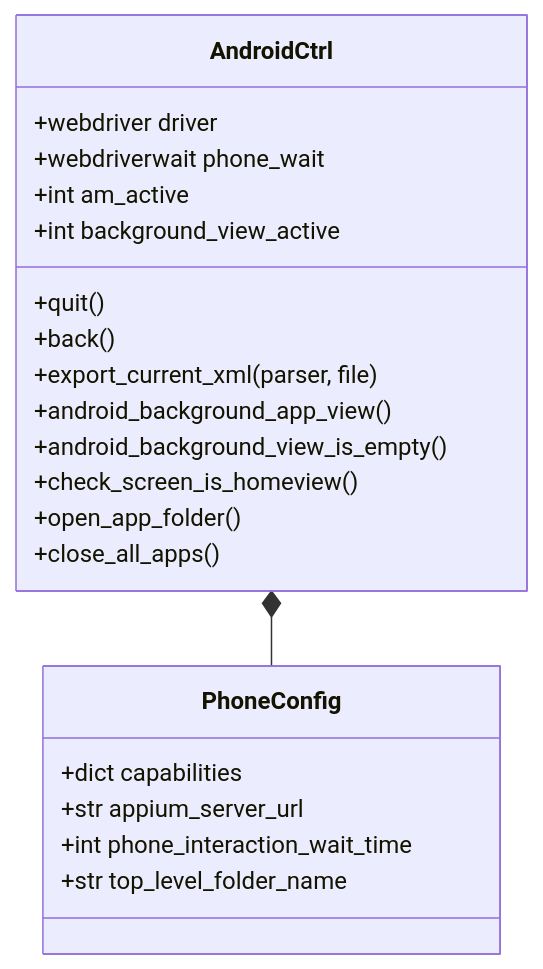
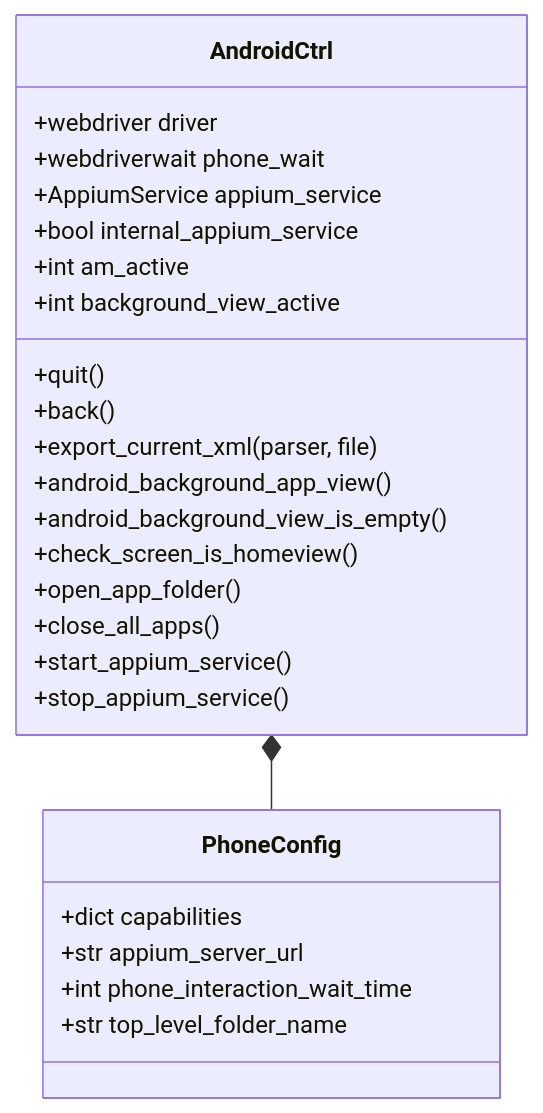
The diagram in miAndroid/README.md (mipidisaster/Hercules.python), drawn with Mermaid before and after one commit.

Commit message:
README file updated to include the new functions, and fields

````diff
--- a/miAndroid/README.md
+++ b/miAndroid/README.md
@@ -9,25 +9,29 @@
 ```mermaid
 classDiagram
 	class AndroidCtrl{
 		+webdriver driver
 		+webdriverwait phone_wait
+		+AppiumService appium_service
+		+bool internal_appium_service
 		+int am_active
 		+int background_view_active
 	
 		+quit()
 		+back()
 		+export_current_xml(parser, file)
 		+android_background_app_view()
 		+android_background_view_is_empty()
 		+check_screen_is_homeview()
 		+open_app_folder()
 		+close_all_apps()
+		+start_appium_service()
+		+stop_appium_service()
 	}
 	class PhoneConfig {
 		+dict capabilities
 		+str appium_server_url
 		+int phone_interaction_wait_time
     +str top_level_folder_name
 	}
 	AndroidCtrl *-- PhoneConfig
 ```
````
